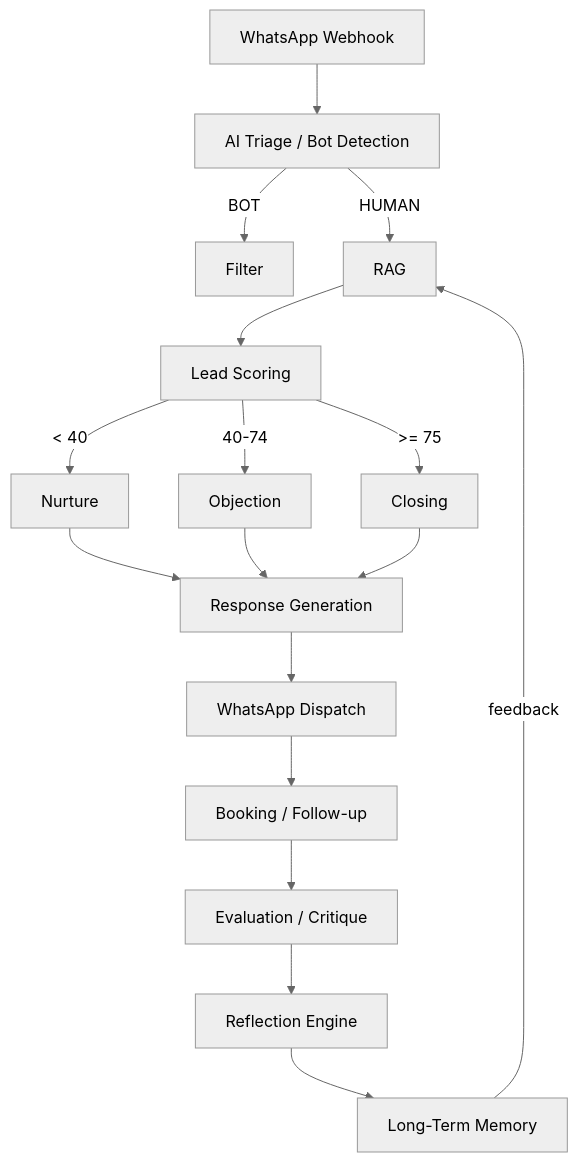
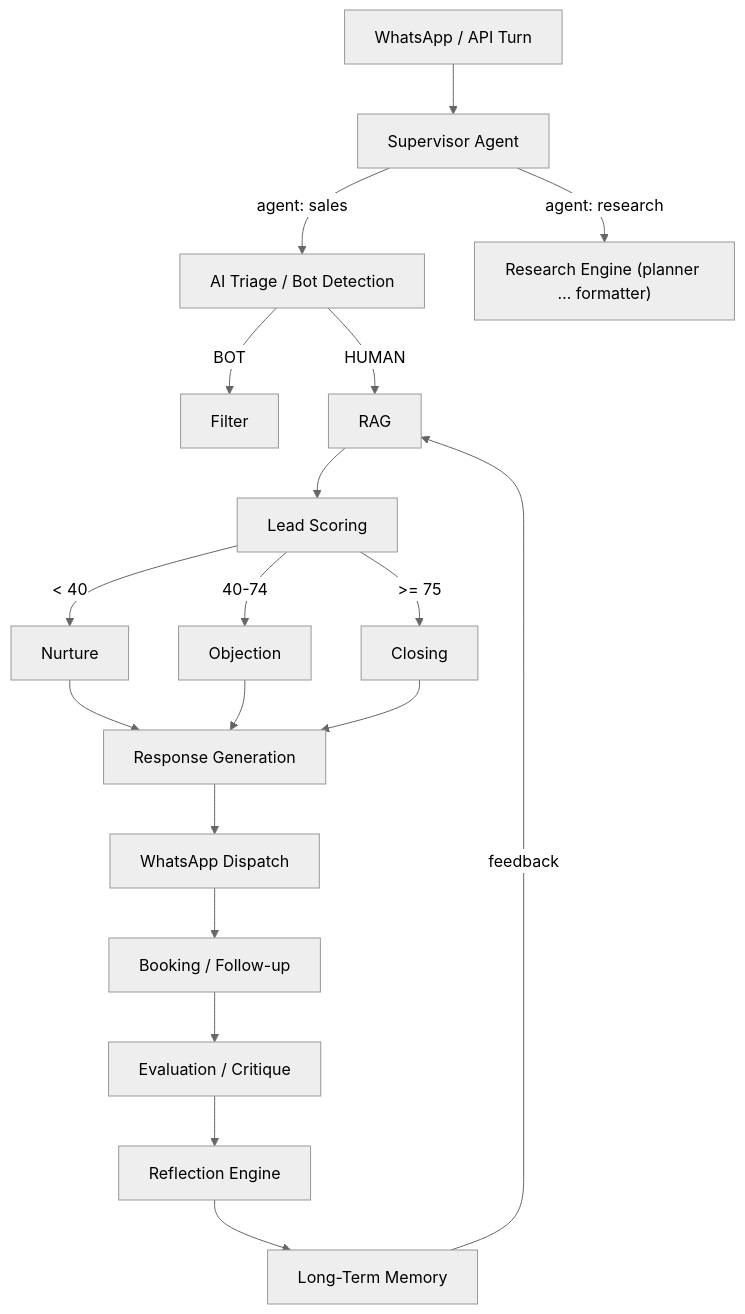
The first of 2 diagrams in README.md (envexx/ai-sales-agent), drawn with Mermaid (neutral theme) before and after one commit. The commit also changed other lines of this file and 367 other files, not shown here.

````diff
--- a/README.md
+++ b/README.md
@@ -55,19 +70,21 @@
 ```mermaid
 flowchart TD
-    webhook["WhatsApp Webhook"] --> triage["AI Triage / Bot Detection"]
+    webhook["WhatsApp / API Turn"] --> supervisor["Supervisor Agent"]
+    supervisor -->|"agent: sales"| triage["AI Triage / Bot Detection"]
+    supervisor -->|"agent: research"| rpipeline["Research Engine (planner … formatter)"]
     triage -->|BOT| filter["Filter"]
     triage -->|HUMAN| rag["RAG"]
     rag --> scoring["Lead Scoring"]
     scoring -->|"< 40"| nurture["Nurture"]
     scoring -->|"40-74"| objection["Objection"]
     scoring -->|">= 75"| closing["Closing"]
     nurture --> response["Response Generation"]
     objection --> response
     closing --> response
     response --> dispatch["WhatsApp Dispatch"]
     dispatch --> booking["Booking / Follow-up"]
     booking --> evaluation["Evaluation / Critique"]
     evaluation --> reflection["Reflection Engine"]
     reflection --> ltm["Long-Term Memory"]
     ltm -->|feedback| rag
 ```
````
